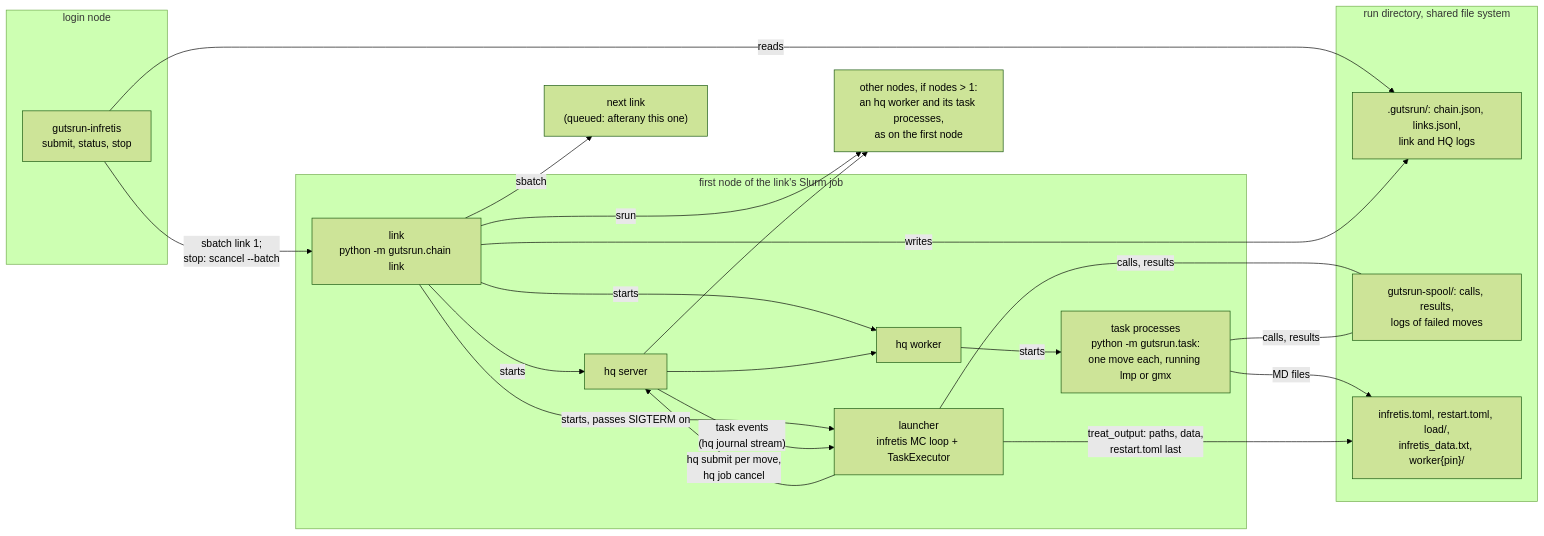
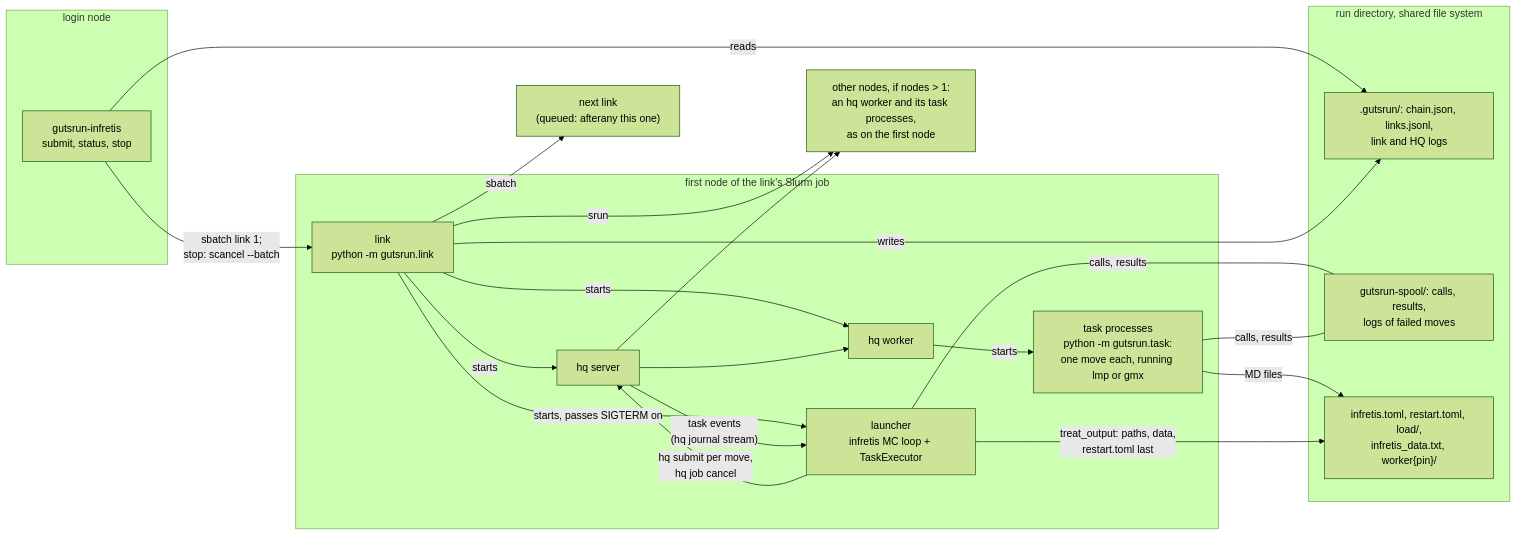
Before and after one commit to GUTSframework/infretis_hyperqueue: the first of 3 diagrams in DEVELOPMENT.md, drawn with Mermaid (forest theme). The commit also changed other lines of this file and 4 other files, not shown here.

First line of the commit message:
gutsrun.link: a link's entry point, instead of python -m gutsrun.chain link

````diff
--- a/DEVELOPMENT.md
+++ b/DEVELOPMENT.md
@@ -36,36 +36,36 @@
 ```mermaid
 flowchart LR
     subgraph login["login node"]
         cmd["gutsrun-infretis<br/>submit, status, stop"]
     end
     subgraph first["first node of the link's Slurm job"]
-        link["link<br/>python -m gutsrun.chain link"]
+        link["link<br/>python -m gutsrun.link"]
         hqs["hq server"]
         hqw["hq worker"]
         launcher["launcher<br/>infretis MC loop + TaskExecutor"]
         task["task processes<br/>python -m gutsrun.task:<br/>one move each, running lmp or gmx"]
     end
     more["other nodes, if nodes > 1:<br/>an hq worker and its task processes,<br/>as on the first node"]
     next["next link<br/>(queued: afterany this one)"]
     subgraph shared["run directory, shared file system"]
         chainfiles[".gutsrun/: chain.json, links.jsonl,<br/>link and HQ logs"]
         spooldir["gutsrun-spool/: calls, results,<br/>logs of failed moves"]
         state["infretis.toml, restart.toml, load/,<br/>infretis_data.txt, worker{pin}/"]
     end
 
     cmd -- "sbatch link 1;<br/>stop: scancel --batch" --> link
     cmd -- "reads" --> chainfiles
     link -- "sbatch" --> next
     link -- "starts" --> hqs & hqw
     link -- "srun" --> more
     link -- "starts, passes SIGTERM on" --> launcher
     link -- "writes" --> chainfiles
     launcher -- "hq submit per move,<br/>hq job cancel" --> hqs
     hqs -- "task events<br/>(hq journal stream)" --> launcher
     hqs --> hqw & more
     hqw -- "starts" --> task
     launcher -- "calls, results" --- spooldir
     task -- "calls, results" --- spooldir
     task -- "MD files" --> state
     launcher -- "treat_output: paths, data,<br/>restart.toml last" --> state
 ```
````
